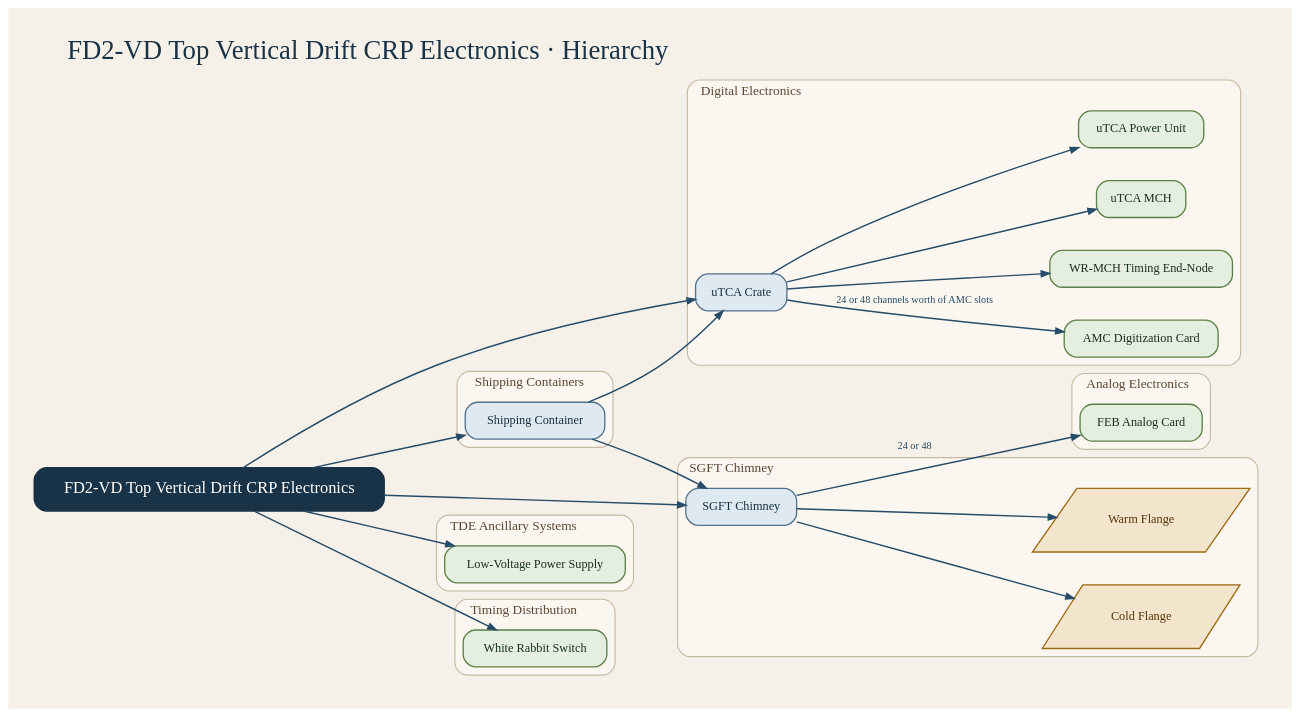
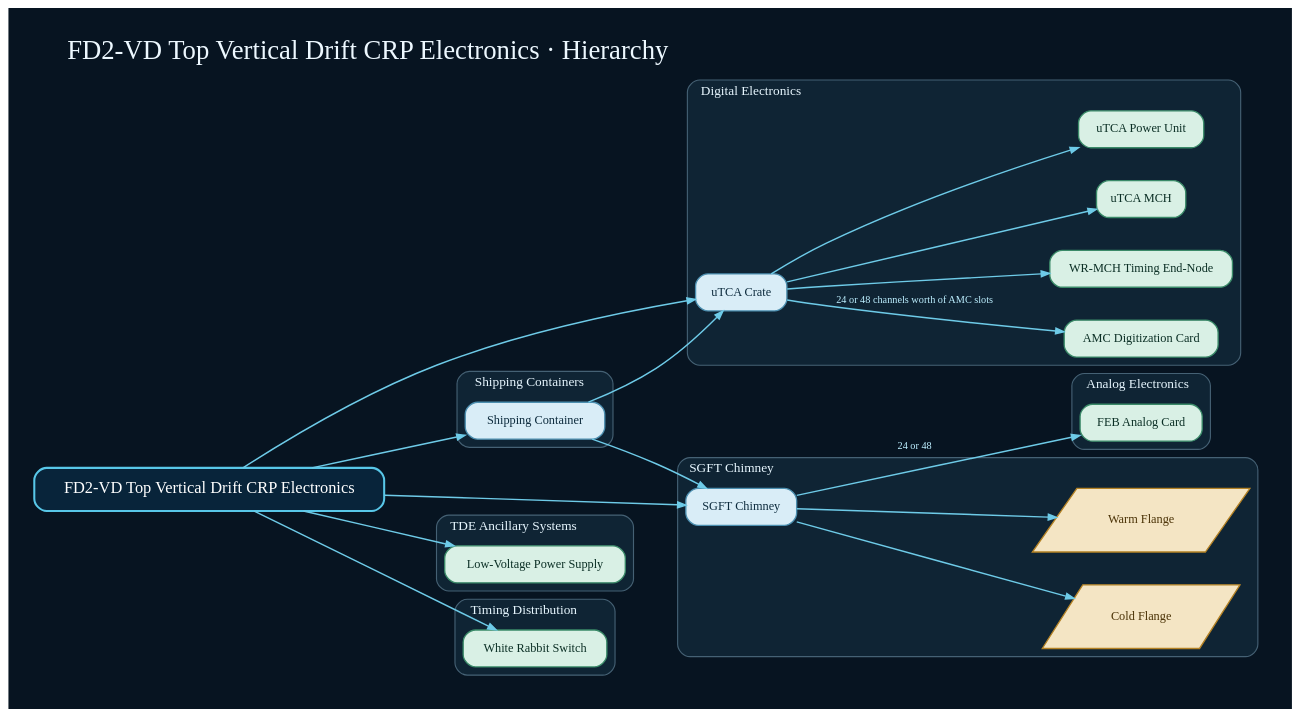
One commit to marroyav/hardware-database changed the diagram in docs/dot/fd2_vd_tde_hierarchy.dot. Above: the diagram before and after it, drawn with Graphviz. The commit also changed 93 other files, not shown here.

```diff
--- a/docs/dot/fd2_vd_tde_hierarchy.dot
+++ b/docs/dot/fd2_vd_tde_hierarchy.dot
@@ -5,130 +5,130 @@
     overlap=false,
     newrank=true,
     compound=true,
-    bgcolor="#f6f1e8",
+    bgcolor="#071421",
     pad="0.35",
     nodesep="0.45",
     ranksep="0.8",
     label="FD2-VD Top Vertical Drift CRP Electronics · Hierarchy",
     labelloc="t",
     labeljust="l",
-    fontname="Iowan Old Style",
+    fontname="Avenir Next",
     fontsize=26,
-    fontcolor="#183247"
+    fontcolor="#edf8ff"
   ];
   node [fontname="Avenir Next", fontsize=12, margin="0.18,0.12", penwidth=1.3];
-  edge [fontname="Avenir Next", fontsize=10, arrowsize=0.8, penwidth=1.2, color="#33536a", fontcolor="#33536a"];
+  edge [fontname="Avenir Next", fontsize=10, arrowsize=0.8, penwidth=1.2, color="#6ecbe8", fontcolor="#bdefff"];
 
-  fd2_vd_tde [label="FD2-VD Top Vertical Drift CRP Electronics", fontname="Avenir Next", URL="../explorer.html#object=fd2_vd_tde", target="_top", tooltip="Open FD2-VD Top Vertical Drift CRP Electronics in the interactive explorer", shape="box", style="rounded,filled", fillcolor="#183247", color="#183247", fontcolor="#ffffff", fontsize="16", margin="0.24,0.16", penwidth="1.5"];
+  fd2_vd_tde [label="FD2-VD Top Vertical Drift CRP Electronics", fontname="Avenir Next", URL="../explorer.html#object=fd2_vd_tde", target="_top", tooltip="Open FD2-VD Top Vertical Drift CRP Electronics in the interactive explorer", shape="box", style="rounded,filled", fillcolor="#08243a", color="#58c7e8", fontcolor="#ffffff", fontsize="16", margin="0.24,0.16", penwidth="2.0"];
 
   subgraph cluster_fd2_vd_tde_analog_electronics {
     label="Analog Electronics";
     style="rounded,filled";
-    color="#c7b8a1";
-    fillcolor="#fbf7f0";
+    color="#456174";
+    fillcolor="#0f2434";
     penwidth=1.1;
     fontname="Avenir Next";
     fontsize=13;
-    fontcolor="#5a4634";
+    fontcolor="#e8f7ff";
     URL="../explorer.html#object=fd2_vd_tde.analog_electronics";
     target="_top";
     tooltip="Open Analog Electronics in the interactive explorer";
-    fd2_vd_tde_feb_analog_card [label="FEB Analog Card", fontname="Avenir Next", URL="../explorer.html#object=fd2_vd_tde.feb_analog_card", target="_top", tooltip="Open FEB Analog Card in the interactive explorer", shape="box", style="rounded,filled", fillcolor="#e4efe0", color="#5d7f48", fontcolor="#18311a"];
+    fd2_vd_tde_feb_analog_card [label="FEB Analog Card", fontname="Avenir Next", URL="../explorer.html#object=fd2_vd_tde.feb_analog_card", target="_top", tooltip="Open FEB Analog Card in the interactive explorer", shape="box", style="rounded,filled", fillcolor="#d9f0e5", color="#3a8a68", fontcolor="#0b2f25"];
   }
 
   subgraph cluster_fd2_vd_tde_digital_electronics {
     label="Digital Electronics";
     style="rounded,filled";
-    color="#c7b8a1";
-    fillcolor="#fbf7f0";
+    color="#456174";
+    fillcolor="#0f2434";
     penwidth=1.1;
     fontname="Avenir Next";
     fontsize=13;
-    fontcolor="#5a4634";
+    fontcolor="#e8f7ff";
     URL="../explorer.html#object=fd2_vd_tde.digital_electronics";
     target="_top";
     tooltip="Open Digital Electronics in the interactive explorer";
-    fd2_vd_tde_amc_digitization_card [label="AMC Digitization Card", fontname="Avenir Next", URL="../explorer.html#object=fd2_vd_tde.amc_digitization_card", target="_top", tooltip="Open AMC Digitization Card in the interactive explorer", shape="box", style="rounded,filled", fillcolor="#e4efe0", color="#5d7f48", fontcolor="#18311a"];
-    fd2_vd_tde_wr_mch_timing_end_node [label="WR-MCH Timing End-Node", fontname="Avenir Next", URL="../explorer.html#object=fd2_vd_tde.wr_mch_timing_end_node", target="_top", tooltip="Open WR-MCH Timing End-Node in the interactive explorer", shape="box", style="rounded,filled", fillcolor="#e4efe0", color="#5d7f48", fontcolor="#18311a"];
-    fd2_vd_tde_utca_crate [label="uTCA Crate", fontname="Avenir Next", URL="../explorer.html#object=fd2_vd_tde.utca_crate", target="_top", tooltip="Open uTCA Crate in the interactive explorer", shape="box", style="rounded,filled", fillcolor="#dfe9f2", color="#53718a", fontcolor="#173140"];
-    fd2_vd_tde_utca_mch [label="uTCA MCH", fontname="Avenir Next", URL="../explorer.html#object=fd2_vd_tde.utca_mch", target="_top", tooltip="Open uTCA MCH in the interactive explorer", shape="box", style="rounded,filled", fillcolor="#e4efe0", color="#5d7f48", fontcolor="#18311a"];
-    fd2_vd_tde_utca_pu [label="uTCA Power Unit", fontname="Avenir Next", URL="../explorer.html#object=fd2_vd_tde.utca_pu", target="_top", tooltip="Open uTCA Power Unit in the interactive explorer", shape="box", style="rounded,filled", fillcolor="#e4efe0", color="#5d7f48", fontcolor="#18311a"];
+    fd2_vd_tde_amc_digitization_card [label="AMC Digitization Card", fontname="Avenir Next", URL="../explorer.html#object=fd2_vd_tde.amc_digitization_card", target="_top", tooltip="Open AMC Digitization Card in the interactive explorer", shape="box", style="rounded,filled", fillcolor="#d9f0e5", color="#3a8a68", fontcolor="#0b2f25"];
+    fd2_vd_tde_wr_mch_timing_end_node [label="WR-MCH Timing End-Node", fontname="Avenir Next", URL="../explorer.html#object=fd2_vd_tde.wr_mch_timing_end_node", target="_top", tooltip="Open WR-MCH Timing End-Node in the interactive explorer", shape="box", style="rounded,filled", fillcolor="#d9f0e5", color="#3a8a68", fontcolor="#0b2f25"];
+    fd2_vd_tde_utca_crate [label="uTCA Crate", fontname="Avenir Next", URL="../explorer.html#object=fd2_vd_tde.utca_crate", target="_top", tooltip="Open uTCA Crate in the interactive explorer", shape="box", style="rounded,filled", fillcolor="#d9edf7", color="#4c8fb0", fontcolor="#0d2b3d"];
+    fd2_vd_tde_utca_mch [label="uTCA MCH", fontname="Avenir Next", URL="../explorer.html#object=fd2_vd_tde.utca_mch", target="_top", tooltip="Open uTCA MCH in the interactive explorer", shape="box", style="rounded,filled", fillcolor="#d9f0e5", color="#3a8a68", fontcolor="#0b2f25"];
+    fd2_vd_tde_utca_pu [label="uTCA Power Unit", fontname="Avenir Next", URL="../explorer.html#object=fd2_vd_tde.utca_pu", target="_top", tooltip="Open uTCA Power Unit in the interactive explorer", shape="box", style="rounded,filled", fillcolor="#d9f0e5", color="#3a8a68", fontcolor="#0b2f25"];
   }
 
   subgraph cluster_fd2_vd_tde_sgft_chimney {
     label="SGFT Chimney";
     style="rounded,filled";
-    color="#c7b8a1";
-    fillcolor="#fbf7f0";
+    color="#456174";
+    fillcolor="#0f2434";
     penwidth=1.1;
     fontname="Avenir Next";
     fontsize=13;
-    fontcolor="#5a4634";
+    fontcolor="#e8f7ff";
     URL="../explorer.html#object=fd2_vd_tde.sgft_chimney";
     target="_top";
     tooltip="Open SGFT Chimney in the interactive explorer";
-    fd2_vd_tde_cold_flange [label="Cold Flange", fontname="Avenir Next", URL="../explorer.html#object=fd2_vd_tde.cold_flange", target="_top", tooltip="Open Cold Flange in the interactive explorer", shape="parallelogram", style="filled", fillcolor="#f3e5cc", color="#9d6a14", fontcolor="#52360a"];
-    fd2_vd_tde_sgft_chimney_assembly [label="SGFT Chimney", fontname="Avenir Next", URL="../explorer.html#object=fd2_vd_tde.sgft_chimney_assembly", target="_top", tooltip="Open SGFT Chimney in the interactive explorer", shape="box", style="rounded,filled", fillcolor="#dfe9f2", color="#53718a", fontcolor="#173140"];
-    fd2_vd_tde_warm_flange [label="Warm Flange", fontname="Avenir Next", URL="../explorer.html#object=fd2_vd_tde.warm_flange", target="_top", tooltip="Open Warm Flange in the interactive explorer", shape="parallelogram", style="filled", fillcolor="#f3e5cc", color="#9d6a14", fontcolor="#52360a"];
+    fd2_vd_tde_cold_flange [label="Cold Flange", fontname="Avenir Next", URL="../explorer.html#object=fd2_vd_tde.cold_flange", target="_top", tooltip="Open Cold Flange in the interactive explorer", shape="parallelogram", style="filled", fillcolor="#f4e5c4", color="#b48225", fontcolor="#4b3307"];
+    fd2_vd_tde_sgft_chimney_assembly [label="SGFT Chimney", fontname="Avenir Next", URL="../explorer.html#object=fd2_vd_tde.sgft_chimney_assembly", target="_top", tooltip="Open SGFT Chimney in the interactive explorer", shape="box", style="rounded,filled", fillcolor="#d9edf7", color="#4c8fb0", fontcolor="#0d2b3d"];
+    fd2_vd_tde_warm_flange [label="Warm Flange", fontname="Avenir Next", URL="../explorer.html#object=fd2_vd_tde.warm_flange", target="_top", tooltip="Open Warm Flange in the interactive explorer", shape="parallelogram", style="filled", fillcolor="#f4e5c4", color="#b48225", fontcolor="#4b3307"];
   }
 
   subgraph cluster_fd2_vd_tde_shipping {
     label="Shipping Containers";
     style="rounded,filled";
-    color="#c7b8a1";
-    fillcolor="#fbf7f0";
+    color="#456174";
+    fillcolor="#0f2434";
     penwidth=1.1;
     fontname="Avenir Next";
     fontsize=13;
-    fontcolor="#5a4634";
+    fontcolor="#e8f7ff";
     URL="../explorer.html#object=fd2_vd_tde.shipping";
     target="_top";
     tooltip="Open Shipping Containers in the interactive explorer";
-    fd2_vd_tde_shipping_container [label="Shipping Container", fontname="Avenir Next", URL="../explorer.html#object=fd2_vd_tde.shipping_container", target="_top", tooltip="Open Shipping Container in the interactive explorer", shape="box", style="rounded,filled", fillcolor="#dfe9f2", color="#53718a", fontcolor="#173140"];
+    fd2_vd_tde_shipping_container [label="Shipping Container", fontname="Avenir Next", URL="../explorer.html#object=fd2_vd_tde.shipping_container", target="_top", tooltip="Open Shipping Container in the interactive explorer", shape="box", style="rounded,filled", fillcolor="#d9edf7", color="#4c8fb0", fontcolor="#0d2b3d"];
   }
 
   subgraph cluster_fd2_vd_tde_ancillary_systems {
     label="TDE Ancillary Systems";
     style="rounded,filled";
-    color="#c7b8a1";
-    fillcolor="#fbf7f0";
+    color="#456174";
+    fillcolor="#0f2434";
     penwidth=1.1;
     fontname="Avenir Next";
     fontsize=13;
-    fontcolor="#5a4634";
+    fontcolor="#e8f7ff";
     URL="../explorer.html#object=fd2_vd_tde.ancillary_systems";
     target="_top";
     tooltip="Open TDE Ancillary Systems in the interactive explorer";
-    fd2_vd_tde_lv_ps [label="Low-Voltage Power Supply", fontname="Avenir Next", URL="../explorer.html#object=fd2_vd_tde.lv_ps", target="_top", tooltip="Open Low-Voltage Power Supply in the interactive explorer", shape="box", style="rounded,filled", fillcolor="#e4efe0", color="#5d7f48", fontcolor="#18311a"];
+    fd2_vd_tde_lv_ps [label="Low-Voltage Power Supply", fontname="Avenir Next", URL="../explorer.html#object=fd2_vd_tde.lv_ps", target="_top", tooltip="Open Low-Voltage Power Supply in the interactive explorer", shape="box", style="rounded,filled", fillcolor="#d9f0e5", color="#3a8a68", fontcolor="#0b2f25"];
   }
 
   subgraph cluster_fd2_vd_tde_timing_distribution {
     label="Timing Distribution";
     style="rounded,filled";
-    color="#c7b8a1";
-    fillcolor="#fbf7f0";
+    color="#456174";
+    fillcolor="#0f2434";
     penwidth=1.1;
     fontname="Avenir Next";
     fontsize=13;
-    fontcolor="#5a4634";
+    fontcolor="#e8f7ff";
     URL="../explorer.html#object=fd2_vd_tde.timing_distribution";
     target="_top";
     tooltip="Open Timing Distribution in the interactive explorer";
-    fd2_vd_tde_wr_switch [label="White Rabbit Switch", fontname="Avenir Next", URL="../explorer.html#object=fd2_vd_tde.wr_switch", target="_top", tooltip="Open White Rabbit Switch in the interactive explorer", shape="box", style="rounded,filled", fillcolor="#e4efe0", color="#5d7f48", fontcolor="#18311a"];
+    fd2_vd_tde_wr_switch [label="White Rabbit Switch", fontname="Avenir Next", URL="../explorer.html#object=fd2_vd_tde.wr_switch", target="_top", tooltip="Open White Rabbit Switch in the interactive explorer", shape="box", style="rounded,filled", fillcolor="#d9f0e5", color="#3a8a68", fontcolor="#0b2f25"];
   }
 
-  fd2_vd_tde -> fd2_vd_tde_sgft_chimney_assembly [URL="../explorer.html#object=relation%3A47", target="_top", tooltip="Open contains relation in the interactive explorer", color="#274c67", fontcolor="#274c67", penwidth="1.4"];
-  fd2_vd_tde -> fd2_vd_tde_utca_crate [URL="../explorer.html#object=relation%3A48", target="_top", tooltip="Open contains relation in the interactive explorer", color="#274c67", fontcolor="#274c67", penwidth="1.4"];
-  fd2_vd_tde -> fd2_vd_tde_wr_switch [URL="../explorer.html#object=relation%3A49", target="_top", tooltip="Open contains relation in the interactive explorer", color="#274c67", fontcolor="#274c67", penwidth="1.4"];
-  fd2_vd_tde -> fd2_vd_tde_lv_ps [URL="../explorer.html#object=relation%3A50", target="_top", tooltip="Open contains relation in the interactive explorer", color="#274c67", fontcolor="#274c67", penwidth="1.4"];
-  fd2_vd_tde -> fd2_vd_tde_shipping_container [URL="../explorer.html#object=relation%3A51", target="_top", tooltip="Open contains relation in the interactive explorer", color="#274c67", fontcolor="#274c67", penwidth="1.4"];
-  fd2_vd_tde_sgft_chimney_assembly -> fd2_vd_tde_cold_flange [URL="../explorer.html#object=relation%3A52", target="_top", tooltip="Open contains relation in the interactive explorer", color="#274c67", fontcolor="#274c67", penwidth="1.4"];
-  fd2_vd_tde_sgft_chimney_assembly -> fd2_vd_tde_warm_flange [URL="../explorer.html#object=relation%3A53", target="_top", tooltip="Open contains relation in the interactive explorer", color="#274c67", fontcolor="#274c67", penwidth="1.4"];
-  fd2_vd_tde_sgft_chimney_assembly -> fd2_vd_tde_feb_analog_card [URL="../explorer.html#object=relation%3A54", target="_top", tooltip="Open contains relation in the interactive explorer", color="#274c67", fontcolor="#274c67", penwidth="1.4", label="24 or 48"];
-  fd2_vd_tde_utca_crate -> fd2_vd_tde_amc_digitization_card [URL="../explorer.html#object=relation%3A55", target="_top", tooltip="Open contains relation in the interactive explorer", color="#274c67", fontcolor="#274c67", penwidth="1.4", label="24 or 48 channels worth of AMC slots"];
-  fd2_vd_tde_utca_crate -> fd2_vd_tde_utca_mch [URL="../explorer.html#object=relation%3A56", target="_top", tooltip="Open contains relation in the interactive explorer", color="#274c67", fontcolor="#274c67", penwidth="1.4"];
-  fd2_vd_tde_utca_crate -> fd2_vd_tde_utca_pu [URL="../explorer.html#object=relation%3A57", target="_top", tooltip="Open contains relation in the interactive explorer", color="#274c67", fontcolor="#274c67", penwidth="1.4"];
-  fd2_vd_tde_utca_crate -> fd2_vd_tde_wr_mch_timing_end_node [URL="../explorer.html#object=relation%3A58", target="_top", tooltip="Open contains relation in the interactive explorer", color="#274c67", fontcolor="#274c67", penwidth="1.4"];
-  fd2_vd_tde_shipping_container -> fd2_vd_tde_utca_crate [URL="../explorer.html#object=relation%3A59", target="_top", tooltip="Open contains relation in the interactive explorer", color="#274c67", fontcolor="#274c67", penwidth="1.4"];
-  fd2_vd_tde_shipping_container -> fd2_vd_tde_sgft_chimney_assembly [URL="../explorer.html#object=relation%3A60", target="_top", tooltip="Open contains relation in the interactive explorer", color="#274c67", fontcolor="#274c67", penwidth="1.4"];
+  fd2_vd_tde -> fd2_vd_tde_sgft_chimney_assembly [URL="../explorer.html#object=relation%3A47", target="_top", tooltip="Open contains relation in the interactive explorer", color="#6ecbe8", fontcolor="#bdefff", penwidth="1.4"];
+  fd2_vd_tde -> fd2_vd_tde_utca_crate [URL="../explorer.html#object=relation%3A48", target="_top", tooltip="Open contains relation in the interactive explorer", color="#6ecbe8", fontcolor="#bdefff", penwidth="1.4"];
+  fd2_vd_tde -> fd2_vd_tde_wr_switch [URL="../explorer.html#object=relation%3A49", target="_top", tooltip="Open contains relation in the interactive explorer", color="#6ecbe8", fontcolor="#bdefff", penwidth="1.4"];
+  fd2_vd_tde -> fd2_vd_tde_lv_ps [URL="../explorer.html#object=relation%3A50", target="_top", tooltip="Open contains relation in the interactive explorer", color="#6ecbe8", fontcolor="#bdefff", penwidth="1.4"];
+  fd2_vd_tde -> fd2_vd_tde_shipping_container [URL="../explorer.html#object=relation%3A51", target="_top", tooltip="Open contains relation in the interactive explorer", color="#6ecbe8", fontcolor="#bdefff", penwidth="1.4"];
+  fd2_vd_tde_sgft_chimney_assembly -> fd2_vd_tde_cold_flange [URL="../explorer.html#object=relation%3A52", target="_top", tooltip="Open contains relation in the interactive explorer", color="#6ecbe8", fontcolor="#bdefff", penwidth="1.4"];
+  fd2_vd_tde_sgft_chimney_assembly -> fd2_vd_tde_warm_flange [URL="../explorer.html#object=relation%3A53", target="_top", tooltip="Open contains relation in the interactive explorer", color="#6ecbe8", fontcolor="#bdefff", penwidth="1.4"];
+  fd2_vd_tde_sgft_chimney_assembly -> fd2_vd_tde_feb_analog_card [URL="../explorer.html#object=relation%3A54", target="_top", tooltip="Open contains relation in the interactive explorer", color="#6ecbe8", fontcolor="#bdefff", penwidth="1.4", label="24 or 48"];
+  fd2_vd_tde_utca_crate -> fd2_vd_tde_amc_digitization_card [URL="../explorer.html#object=relation%3A55", target="_top", tooltip="Open contains relation in the interactive explorer", color="#6ecbe8", fontcolor="#bdefff", penwidth="1.4", label="24 or 48 channels worth of AMC slots"];
+  fd2_vd_tde_utca_crate -> fd2_vd_tde_utca_mch [URL="../explorer.html#object=relation%3A56", target="_top", tooltip="Open contains relation in the interactive explorer", color="#6ecbe8", fontcolor="#bdefff", penwidth="1.4"];
+  fd2_vd_tde_utca_crate -> fd2_vd_tde_utca_pu [URL="../explorer.html#object=relation%3A57", target="_top", tooltip="Open contains relation in the interactive explorer", color="#6ecbe8", fontcolor="#bdefff", penwidth="1.4"];
+  fd2_vd_tde_utca_crate -> fd2_vd_tde_wr_mch_timing_end_node [URL="../explorer.html#object=relation%3A58", target="_top", tooltip="Open contains relation in the interactive explorer", color="#6ecbe8", fontcolor="#bdefff", penwidth="1.4"];
+  fd2_vd_tde_shipping_container -> fd2_vd_tde_utca_crate [URL="../explorer.html#object=relation%3A59", target="_top", tooltip="Open contains relation in the interactive explorer", color="#6ecbe8", fontcolor="#bdefff", penwidth="1.4"];
+  fd2_vd_tde_shipping_container -> fd2_vd_tde_sgft_chimney_assembly [URL="../explorer.html#object=relation%3A60", target="_top", tooltip="Open contains relation in the interactive explorer", color="#6ecbe8", fontcolor="#bdefff", penwidth="1.4"];
 }
```
